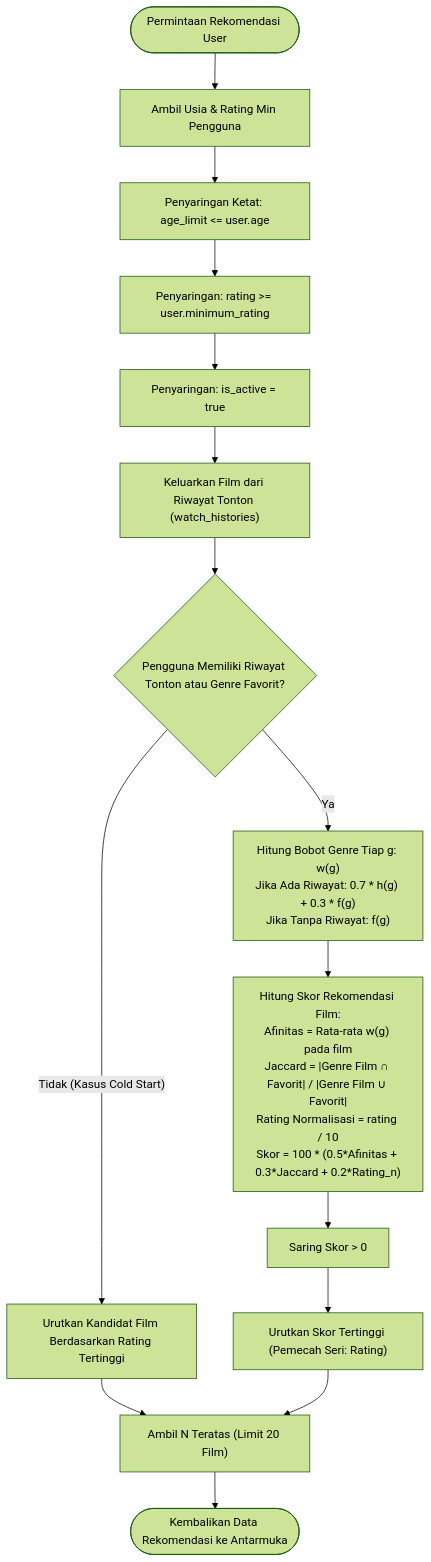
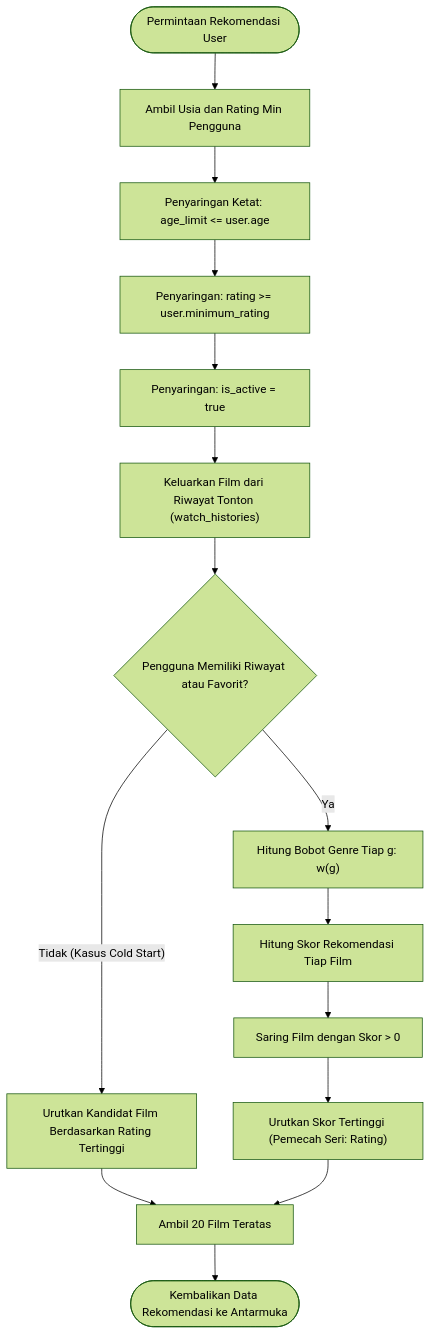
The third of 6 diagrams in DOKUMENTASI_PROYEK.md (MangOleh22/rekomendasi-film), drawn with Mermaid (forest theme) before and after one commit. The commit also changed other lines of this file, not shown here.

Commit message:
fix: perbaiki sintaks mermaid ERD, LRS, dan Activity Diagram untuk GitHub

````diff
--- a/DOKUMENTASI_PROYEK.md
+++ b/DOKUMENTASI_PROYEK.md
@@ -161,21 +162,21 @@
 ```mermaid
 flowchart TD
-    Start(["Permintaan Rekomendasi User"]) --> GetUser["Ambil Usia & Rating Min Pengguna"]
+    Start(["Permintaan Rekomendasi User"]) --> GetUser["Ambil Usia dan Rating Min Pengguna"]
     GetUser --> FilterAge["Penyaringan Ketat: age_limit <= user.age"]
     FilterAge --> FilterRating["Penyaringan: rating >= user.minimum_rating"]
     FilterRating --> FilterActive["Penyaringan: is_active = true"]
     FilterActive --> ExcludeWatched["Keluarkan Film dari Riwayat Tonton (watch_histories)"]
     
-    ExcludeWatched --> CheckColdStart{"Pengguna Memiliki Riwayat Tonton atau Genre Favorit?"}
+    ExcludeWatched --> CheckColdStart{"Pengguna Memiliki Riwayat atau Favorit?"}
     
     CheckColdStart -- "Tidak (Kasus Cold Start)" --> ColdStartSort["Urutkan Kandidat Film Berdasarkan Rating Tertinggi"]
-    ColdStartSort --> TakeLimit["Ambil N Teratas (Limit 20 Film)"]
+    ColdStartSort --> TakeLimit["Ambil 20 Film Teratas"]
     
-    CheckColdStart -- "Ya" --> CalcWeights["Hitung Bobot Genre Tiap g: w(g)<br/>Jika Ada Riwayat: 0.7 * h(g) + 0.3 * f(g)<br/>Jika Tanpa Riwayat: f(g)"]
-    CalcWeights --> CalcScore["Hitung Skor Rekomendasi Film:<br/>Afinitas = Rata-rata w(g) pada film<br/>Jaccard = |Genre Film ∩ Favorit| / |Genre Film ∪ Favorit|<br/>Rating Normalisasi = rating / 10<br/>Skor = 100 * (0.5*Afinitas + 0.3*Jaccard + 0.2*Rating_n)"]
-    CalcScore --> FilterPositive["Saring Skor > 0"]
+    CheckColdStart -- "Ya" --> CalcWeights["Hitung Bobot Genre Tiap g: w(g)"]
+    CalcWeights --> CalcScore["Hitung Skor Rekomendasi Tiap Film"]
+    CalcScore --> FilterPositive["Saring Film dengan Skor > 0"]
     FilterPositive --> SortRank["Urutkan Skor Tertinggi (Pemecah Seri: Rating)"]
     SortRank --> TakeLimit
     
     TakeLimit --> ReturnResponse(["Kembalikan Data Rekomendasi ke Antarmuka"])
 ```
````
